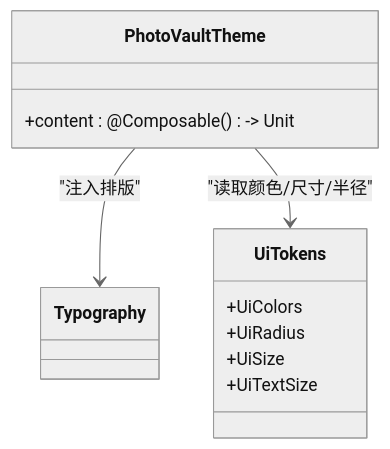
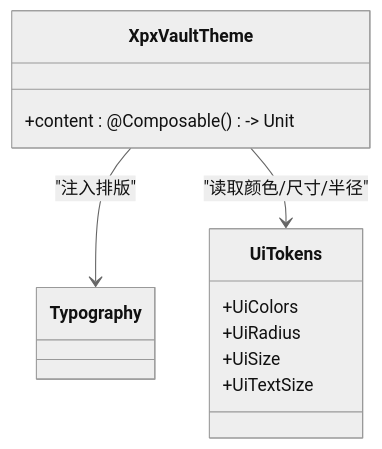
The third of 10 diagrams in .qoder/repowiki/zh/content/UI组件系统/UI组件系统.md (wanhongbo/ai-photo-vault), drawn with Mermaid (neutral theme) before and after one commit. The commit also changed other lines of this file and 9 other files, not shown here.

````diff
--- a/.qoder/repowiki/zh/content/UI组件系统/UI组件系统.md
+++ b/.qoder/repowiki/zh/content/UI组件系统/UI组件系统.md
@@ -181,15 +175,15 @@
 ```mermaid
 classDiagram
-class PhotoVaultTheme {
+class XpxVaultTheme {
 +content : @Composable () -> Unit
 }
 class UiTokens {
 +UiColors
 +UiRadius
 +UiSize
 +UiTextSize
 }
 class Typography
-PhotoVaultTheme --> Typography : "注入排版"
-PhotoVaultTheme --> UiTokens : "读取颜色/尺寸/半径"
+XpxVaultTheme --> Typography : "注入排版"
+XpxVaultTheme --> UiTokens : "读取颜色/尺寸/半径"
 ```
````
